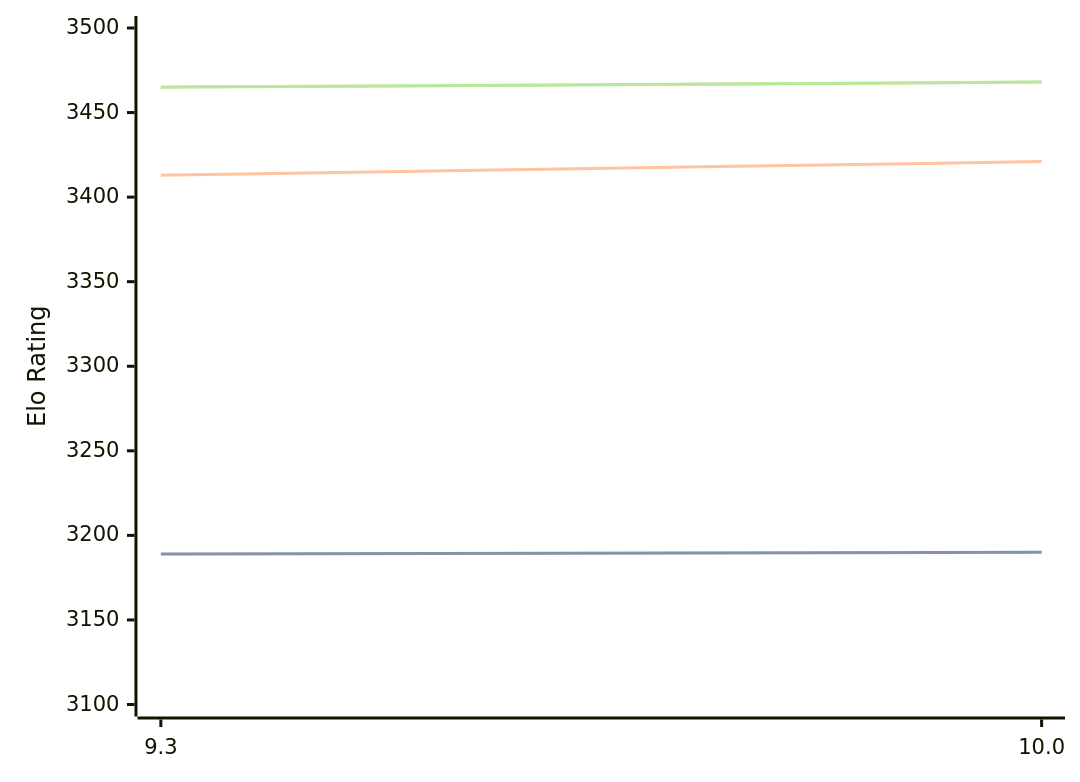
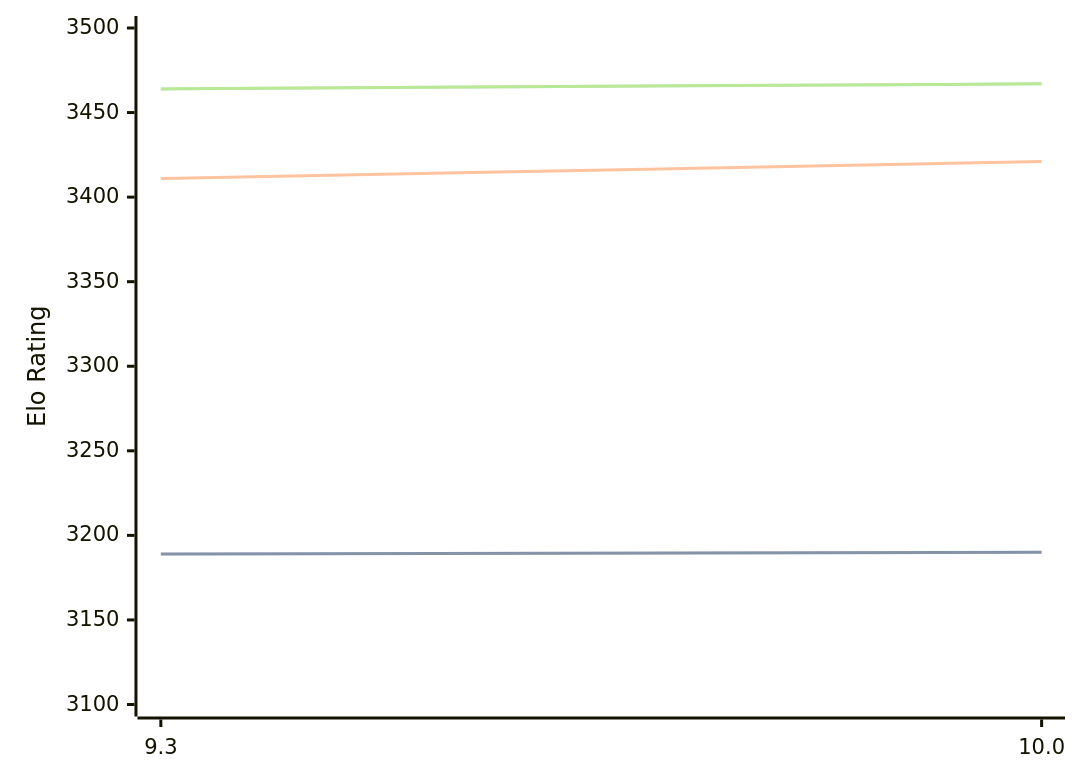
One commit to computer-chess-index/cci changed the diagram in engines/Fire.md. Above: the diagram before and after it, drawn with Mermaid. The commit also changed other lines of this file, not shown here.

Commit message:
Update CCI Ratings (ELO VLTC) - 2026-03-09

````diff
--- a/engines/Fire.md
+++ b/engines/Fire.md
@@ -45,11 +45,11 @@
 ```mermaid
 %%{init: {"theme":"base","themeVariables":{"seriesColors:['#a3a3a3','#222221','#faa371']}}}%%
 xychart-beta
   x-axis ["9.3", "10.0"]
   y-axis "Elo Rating" 3100 --> 3500
   line "STC (8.0+0.08s)" [3189, 3190]
   line "STC (8.0+0.08s)" [3189, 3190]
-  line "LTC (60.0+0.60s)" [3413, 3421]
-  line "VLTC (2m24s+1.12s)" [3465, 3468]
-  line "VLTC (2m24s+1.12s)" [3465, 3468]
+  line "LTC (60.0+0.60s)" [3411, 3421]
+  line "VLTC (2m24s+1.12s)" [3464, 3467]
+  line "VLTC (2m24s+1.12s)" [3464, 3467]
 ```
````
